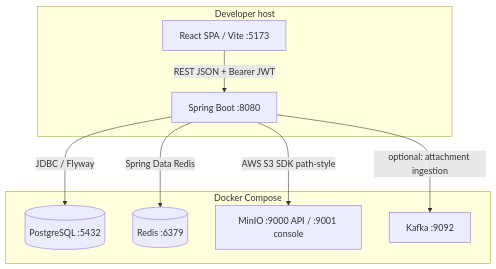
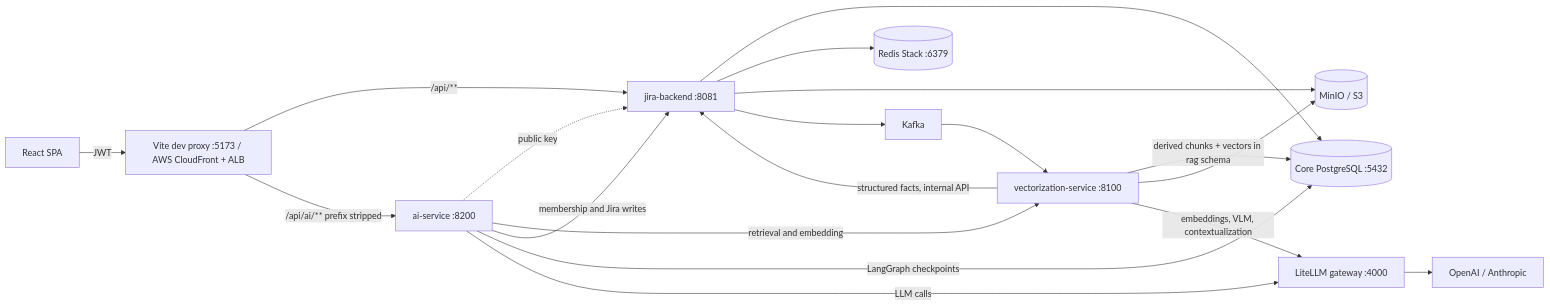
Before and after one commit to LeonQC/sprint-orchestra-core: the diagram in README.md, drawn with Mermaid. The commit also changed other lines of this file and 7 other files, not shown here.

Commit message:
docs: README, architecture, API and schema

````diff
--- a/README.md
+++ b/README.md
@@ -154,18 +37,21 @@
 ```mermaid
-flowchart TB
-  subgraph host [Developer host]
-    SPA[React SPA / Vite :5173]
-    API[Spring Boot :8080]
-  end
-  subgraph compose [Docker Compose]
-    PG[(PostgreSQL :5432)]
-    RD[(Redis :6379)]
-    MN[MinIO :9000 API / :9001 console]
-    KF[Kafka :9092]
-  end
-  SPA -->|REST JSON + Bearer JWT| API
-  API -->|JDBC / Flyway| PG
-  API -->|Spring Data Redis| RD
-  API -->|AWS S3 SDK path-style| MN
-  API -->|optional: attachment ingestion| KF
+flowchart LR
+  UI[React SPA] -->|JWT| EDGE[Vite dev proxy :5173 / AWS CloudFront + ALB]
+  EDGE -->|/api/**| CORE[jira-backend :8081]
+  EDGE -->|/api/ai/** prefix stripped| AI[ai-service :8200]
+  AI -.->|public key| CORE
+  CORE --> PG[(Core PostgreSQL :5432)]
+  CORE --> REDIS[(Redis Stack :6379)]
+  CORE --> S3[(MinIO / S3)]
+  CORE --> K[Kafka]
+  K --> VEC[vectorization-service :8100]
+  VEC -->|derived chunks + vectors in rag schema| PG
+  VEC -->|structured facts, internal API| CORE
+  VEC --> S3
+  AI -->|retrieval and embedding| VEC
+  AI -->|membership and Jira writes| CORE
+  AI -->|LangGraph checkpoints| PG
+  AI -->|LLM calls| LLM[LiteLLM gateway :4000]
+  VEC -->|embeddings, VLM, contextualization| LLM
+  LLM --> OAI[OpenAI / Anthropic]
 ```
````
